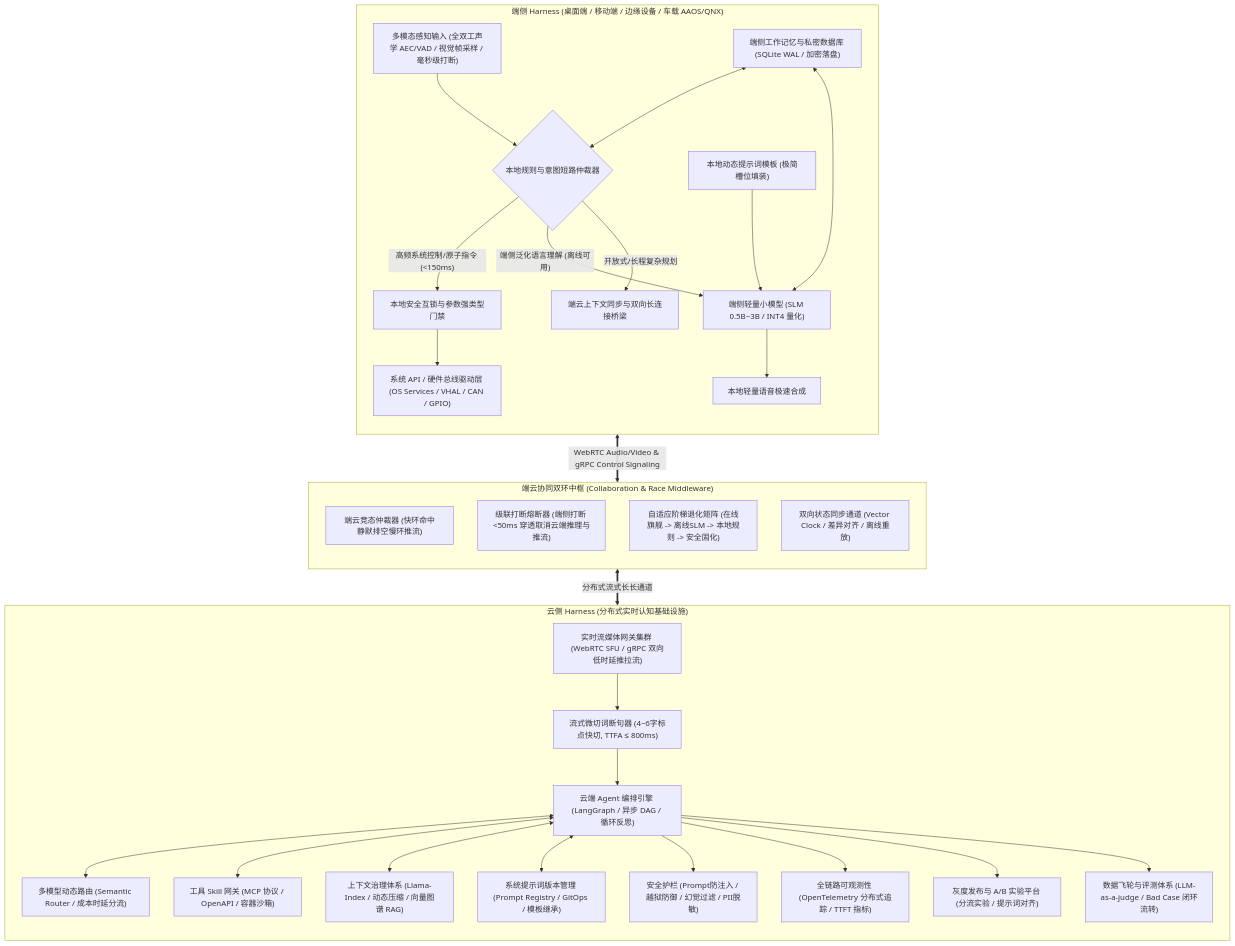
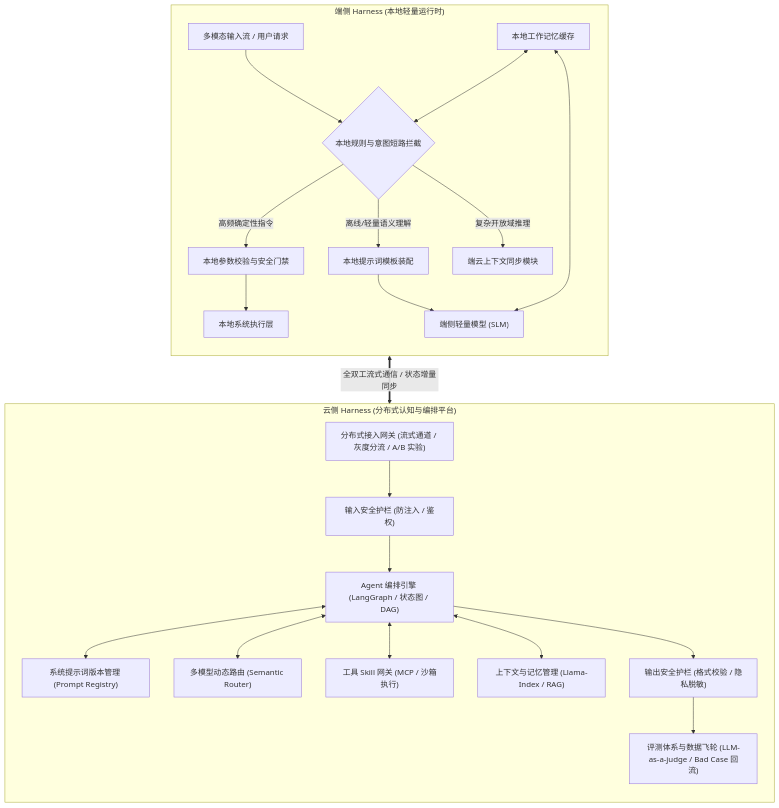
Before and after one commit to feixiao/FastAvatar: the diagram in docs/ai-agent-harness-architecture.md, drawn with Mermaid. The commit also changed other lines of this file, not shown here.

First line of the commit message:
Simplify ai-agent-harness-architecture.md into clean universal technical whitepaper without scenario-specific clutter

````diff
--- a/docs/ai-agent-harness-architecture.md
+++ b/docs/ai-agent-harness-architecture.md
@@ -49,46 +50,34 @@
 ```mermaid
 flowchart TB
-    subgraph Edge_Harness["端侧 Harness (桌面端 / 移动端 / 边缘设备 / 车载 AAOS/QNX)"]
+    subgraph Edge_Harness["端侧 Harness (本地轻量运行时)"]
         direction TB
-        Perception["多模态感知输入 (全双工声学 AEC/VAD / 视觉帧采样 / 毫秒级打断)"] --> FastArbiter{"本地规则与意图短路仲裁器"}
+        Input["多模态输入流 / 用户请求"] --> FastArbiter{"本地规则与意图短路拦截"}
         
-        FastArbiter -- "高频系统控制/原子指令 (<150ms)" --> LocalInterlock["本地安全互锁与参数强类型门禁"]
-        LocalInterlock --> OS_HAL["系统 API / 硬件总线驱动层 (OS Services / VHAL / CAN / GPIO)"]
+        FastArbiter -- "高频确定性指令" --> LocalValidate["本地参数校验与安全门禁"]
+        LocalValidate --> LocalExec["本地系统执行层"]
         
-        FastArbiter -- "端侧泛化语言理解 (离线可用)" --> LocalSLM["端侧轻量小模型 (SLM 0.5B~3B / INT4 量化)"]
-        LocalSLM --> LocalTTS["本地轻量语音极速合成"]
+        FastArbiter -- "离线/轻量语义理解" --> LocalPrompt["本地提示词模板装配"]
+        LocalPrompt --> LocalSLM["端侧轻量模型 (SLM)"]
         
-        FastArbiter -- "开放式/长程复杂规划" --> EdgeSync["端云上下文同步与双向长连接桥梁"]
+        FastArbiter -- "复杂开放域推理" --> ContextSync["端云上下文同步模块"]
         
-        LocalPrompt["本地动态提示词模板 (极简槽位填装)"] --> LocalSLM
-        LocalMemory["端侧工作记忆与私密数据库 (SQLite WAL / 加密落盘)"] <--> FastArbiter
-        LocalMemory <--> LocalSLM
+        LocalMem["本地工作记忆缓存"] <--> FastArbiter
+        LocalMem <--> LocalSLM
     end
 
-    subgraph Collab_Layer["端云协同双环中枢 (Collaboration & Race Middleware)"]
+    subgraph Cloud_Harness["云侧 Harness (分布式认知与编排平台)"]
         direction TB
-        ArbiterJudge["端云竞态仲裁器 (快环命中静默排空慢环推流)"]
-        CascadeBargeIn["级联打断熔断器 (端侧打断 <50ms 穿透取消云端推理与推流)"]
-        DegradeMatrix["自适应阶梯退化矩阵 (在线旗舰 -> 离线SLM -> 本地规则 -> 安全固化)"]
-        StateSync["双向状态同步通道 (Vector Clock / 差异对齐 / 离线重放)"]
+        Gateway["分布式接入网关 (流式通道 / 灰度分流 / A/B 实验)"] --> GuardIn["输入安全护栏 (防注入 / 鉴权)"]
+        GuardIn --> Orchestrator["Agent 编排引擎 (LangGraph / 状态图 / DAG)"]
+        
+        Orchestrator <--> PromptMgr["系统提示词版本管理 (Prompt Registry)"]
+        Orchestrator <--> ModelRouter["多模型动态路由 (Semantic Router)"]
+        Orchestrator <--> SkillGW["工具 Skill 网关 (MCP / 沙箱执行)"]
+        Orchestrator <--> ContextEngine["上下文与记忆管理 (Llama-Index / RAG)"]
+        
+        Orchestrator --> GuardOut["输出安全护栏 (格式校验 / 隐私脱敏)"]
+        GuardOut --> EvalFlywheel["评测体系与数据飞轮 (LLM-as-a-judge / Bad Case 回流)"]
     end
 
-    subgraph Cloud_Harness["云侧 Harness (分布式实时认知基础设施)"]
-        direction TB
-        CloudGateway["实时流媒体网关集群 (WebRTC SFU / gRPC 双向低时延推拉流)"] --> StreamSplitter["流式微切词断句器 (4~6字标点快切, TTFA ≤ 800ms)"]
-        StreamSplitter --> AgentOrchestrator["云端 Agent 编排引擎 (LangGraph / 异步 DAG / 循环反思)"]
-        
-        AgentOrchestrator <--> ModelRouter["多模型动态路由 (Semantic Router / 成本时延分流)"]
-        AgentOrchestrator <--> SkillGateway["工具 Skill 网关 (MCP 协议 / OpenAPI / 容器沙箱)"]
-        AgentOrchestrator <--> ContextMgr["上下文治理体系 (Llama-Index / 动态压缩 / 向量图谱 RAG)"]
-        AgentOrchestrator <--> PromptRegistry["系统提示词版本管理 (Prompt Registry / GitOps / 模板继承)"]
-        
-        AgentOrchestrator --> SafetyGuard["安全护栏 (Prompt防注入 / 越狱防御 / 幻觉过滤 / PII脱敏)"]
-        AgentOrchestrator --> Observability["全链路可观测性 (OpenTelemetry 分布式追踪 / TTFT 指标)"]
-        AgentOrchestrator --> ABTesting["灰度发布与 A/B 实验平台 (分流实验 / 提示词对齐)"]
-        AgentOrchestrator --> DataFlywheel["数据飞轮与评测体系 (LLM-as-a-judge / Bad Case 闭环流转)"]
-    end
-
-    EdgeSync <== "WebRTC Audio/Video & gRPC Control Signaling" ==> Collab_Layer
-    Collab_Layer <== "分布式流式长长通道" ==> CloudGateway
+    ContextSync <== "全双工流式通信 / 状态增量同步" ==> Gateway
 ```
````
